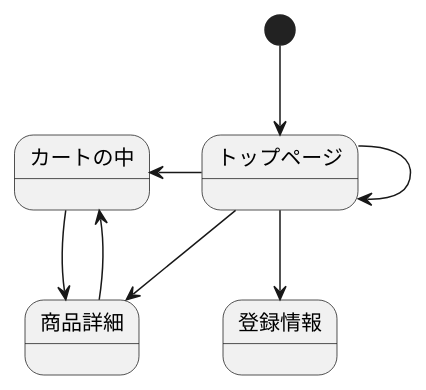
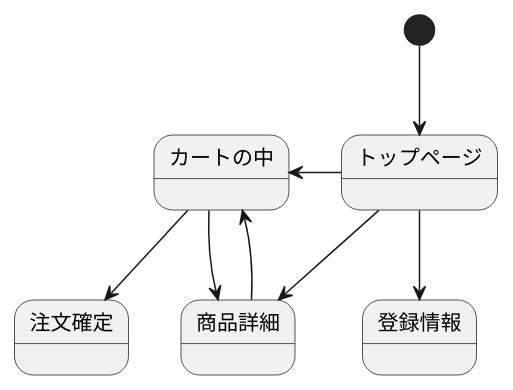
Before and after one commit to Aso2001374/2021sys-design: the first of 3 diagrams in stm01.md, drawn with PlantUML.

````diff
--- a/stm01.md
+++ b/stm01.md
@@ -1,11 +1,11 @@
 ```uml
 @startuml
 [*] --> トップページ
-トップページ-> トップページ 
 トップページ-left-> カートの中
 トップページ--> 登録情報
 トップページ--> 商品詳細
 商品詳細--> カートの中
 カートの中 --> 商品詳細
+カートの中-->注文確定
 @enduml
 ```
````
